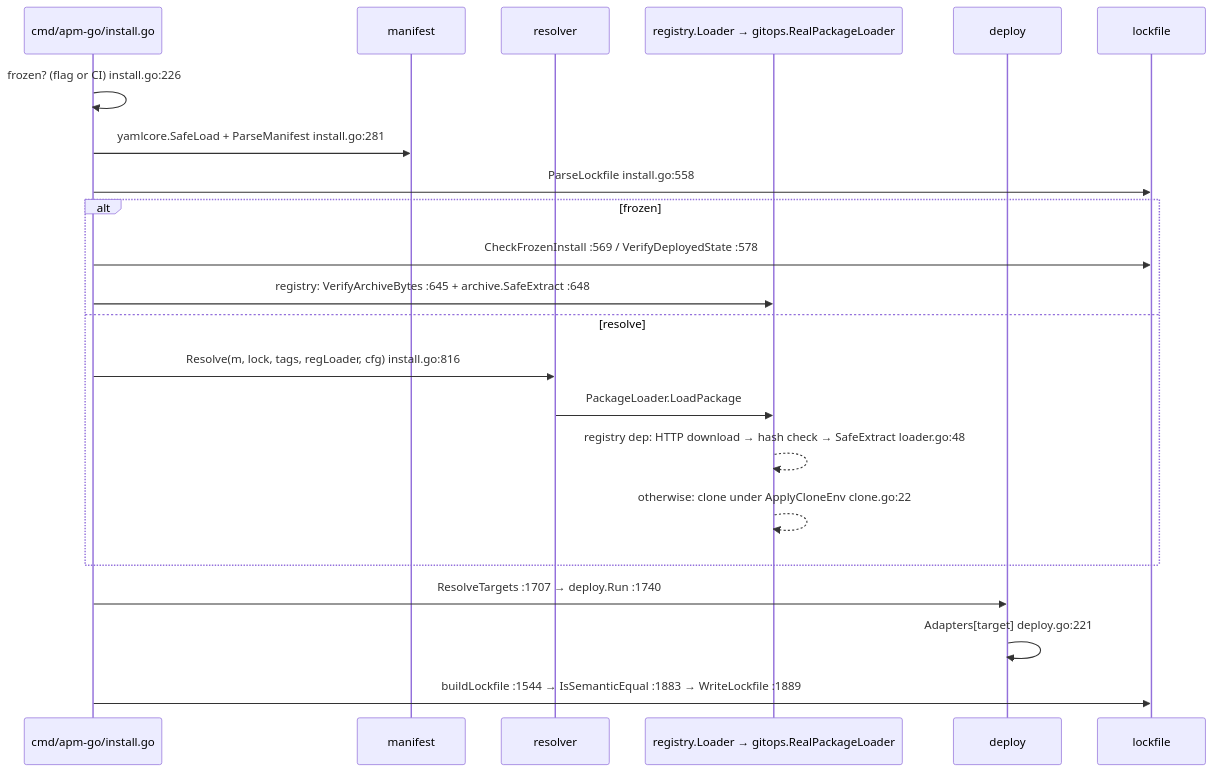
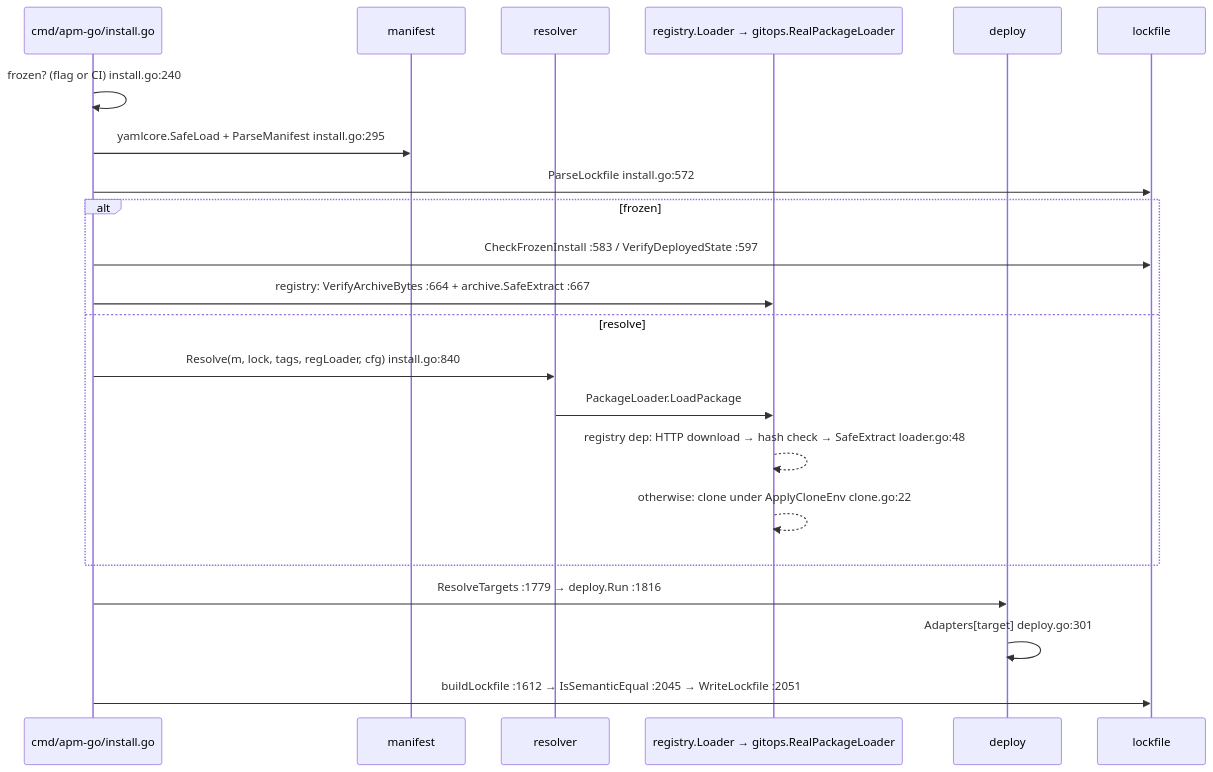
One commit to gn00678465/apm-go changed the second of 4 diagrams in ARCHITECTURE.md. Above: the diagram before and after it, drawn with Mermaid. The commit also changed other lines of this file and 2 other files, not shown here.

````diff
--- a/ARCHITECTURE.md
+++ b/ARCHITECTURE.md
@@ -80,24 +80,24 @@
 ```mermaid
 sequenceDiagram
   participant C as cmd/apm-go/install.go
   participant M as manifest
   participant R as resolver
   participant L as registry.Loader → gitops.RealPackageLoader
   participant D as deploy
   participant K as lockfile
-  C->>C: frozen? (flag or CI) install.go:226
-  C->>M: yamlcore.SafeLoad + ParseManifest install.go:281
-  C->>K: ParseLockfile install.go:558
+  C->>C: frozen? (flag or CI) install.go:240
+  C->>M: yamlcore.SafeLoad + ParseManifest install.go:295
+  C->>K: ParseLockfile install.go:572
   alt frozen
-    C->>K: CheckFrozenInstall :569 / VerifyDeployedState :578
-    C->>L: registry: VerifyArchiveBytes :645 + archive.SafeExtract :648
+    C->>K: CheckFrozenInstall :583 / VerifyDeployedState :597
+    C->>L: registry: VerifyArchiveBytes :664 + archive.SafeExtract :667
   else resolve
-    C->>R: Resolve(m, lock, tags, regLoader, cfg) install.go:816
+    C->>R: Resolve(m, lock, tags, regLoader, cfg) install.go:840
     R->>L: PackageLoader.LoadPackage
     L-->>L: registry dep: HTTP download → hash check → SafeExtract loader.go:48
     L-->>L: otherwise: clone under ApplyCloneEnv clone.go:22
   end
-  C->>D: ResolveTargets :1707 → deploy.Run :1740
-  D->>D: Adapters[target] deploy.go:221
-  C->>K: buildLockfile :1544 → IsSemanticEqual :1883 → WriteLockfile :1889
+  C->>D: ResolveTargets :1779 → deploy.Run :1816
+  D->>D: Adapters[target] deploy.go:301
+  C->>K: buildLockfile :1612 → IsSemanticEqual :2045 → WriteLockfile :2051
 ```
````
